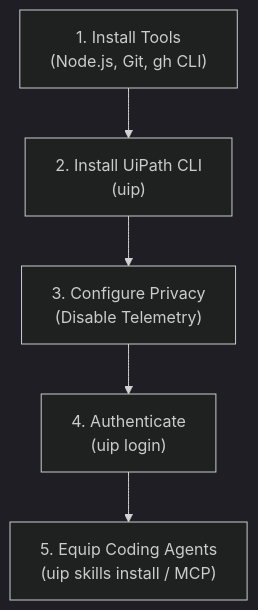
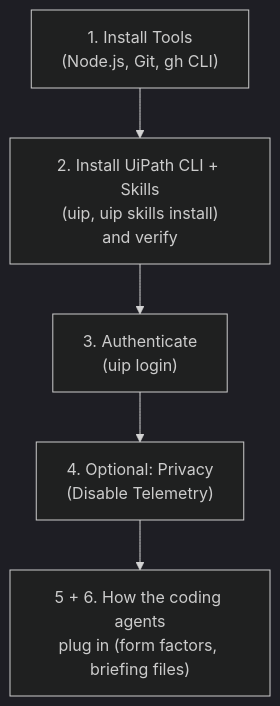
The first of 2 diagrams in Chapters/02-Setup.md (reitermayer/Fusion2026-CodingAgents), drawn with Mermaid (dark theme) before and after one commit. The commit also changed other lines of this file and 4 other files, not shown here.

````diff
--- a/Chapters/02-Setup.md
+++ b/Chapters/02-Setup.md
@@ -5,7 +5,7 @@
 ```mermaid
 graph TD
-    A["1. Install Tools<br/>(Node.js, Git, gh CLI)"] --> B["2. Install UiPath CLI<br/>(uip)"]
-    B --> C["3. Configure Privacy<br/>(Disable Telemetry)"]
-    C --> D["4. Authenticate<br/>(uip login)"]
-    D --> E["5. Equip Coding Agents<br/>(uip skills install / MCP)"]
+    A["1. Install Tools<br/>(Node.js, Git, gh CLI)"] --> B["2. Install UiPath CLI + Skills<br/>(uip, uip skills install)<br/>and verify"]
+    B --> C["3. Authenticate<br/>(uip login)"]
+    C --> D["4. Optional: Privacy<br/>(Disable Telemetry)"]
+    D --> E["5 + 6. How the coding agents<br/>plug in (form factors, briefing files)"]
 ```
````
